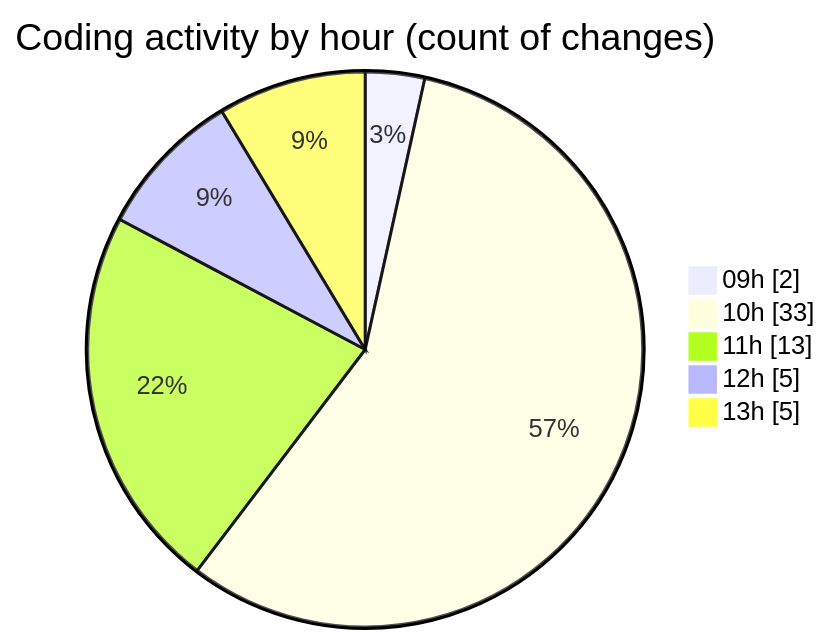
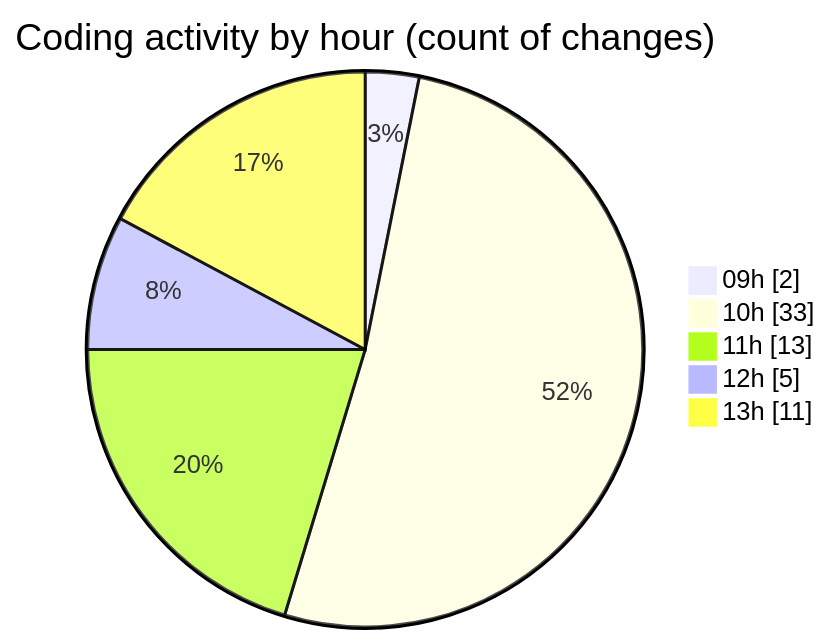
One commit to momahboobian/code-tracking changed the second of 2 diagrams in 2025-08-12/cda/README.md. Above: the diagram before and after it, drawn with Mermaid. The commit also changed other lines of this file and 1 other file, not shown here.

````diff
--- a/2025-08-12/cda/README.md
+++ b/2025-08-12/cda/README.md
@@ -53,9 +53,9 @@
 ```mermaid
 pie showData
 title Coding activity by hour (count of changes)
 "09h" : 2
 "10h" : 33
 "11h" : 13
 "12h" : 5
-"13h" : 5
+"13h" : 11
 ```
````
